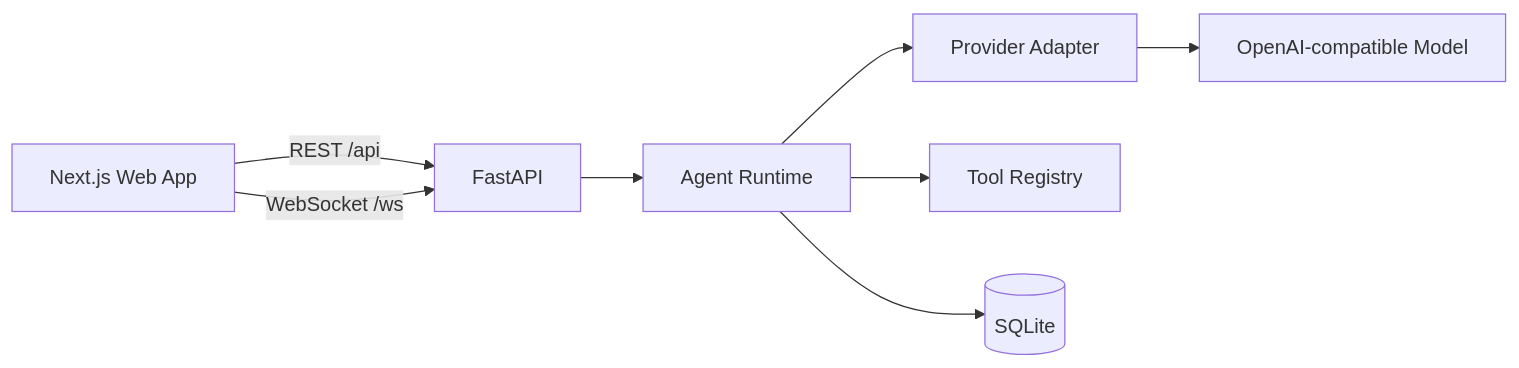
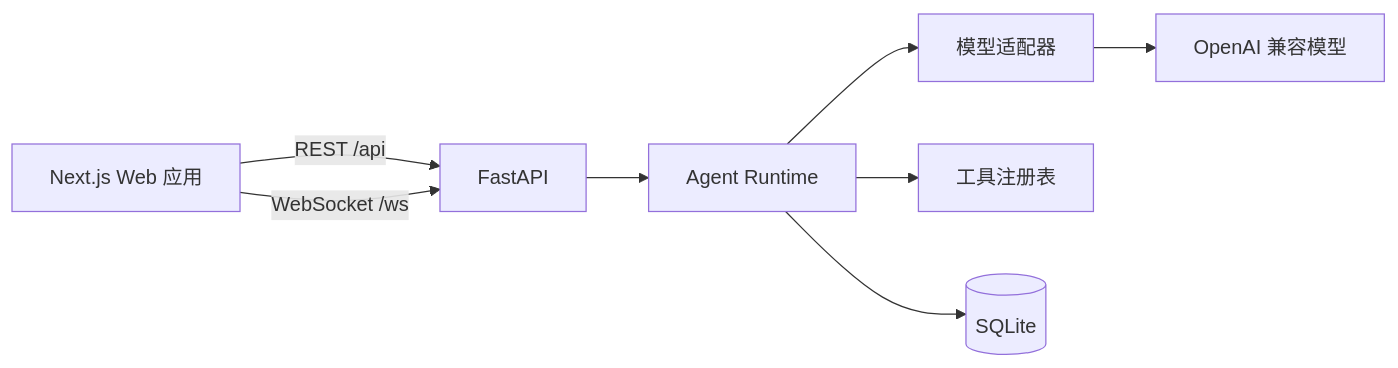
One commit to Baicaicn23/TeachX changed the diagram in README.md. Above: the diagram before and after it, drawn with Mermaid. The commit also changed other lines of this file and 1 other file, not shown here.

````diff
--- a/README.md
+++ b/README.md
@@ -58,10 +52,10 @@
 ```mermaid
 flowchart LR
-    Browser[Next.js Web App] -->|REST /api| API[FastAPI]
+    Browser[Next.js Web 应用] -->|REST /api| API[FastAPI]
     Browser -->|WebSocket /ws| API
     API --> Runtime[Agent Runtime]
-    Runtime --> Provider[Provider Adapter]
-    Runtime --> Tools[Tool Registry]
+    Runtime --> Provider[模型适配器]
+    Runtime --> Tools[工具注册表]
     Runtime --> Store[(SQLite)]
-    Provider --> Model[OpenAI-compatible Model]
+    Provider --> Model[OpenAI 兼容模型]
 ```
````
